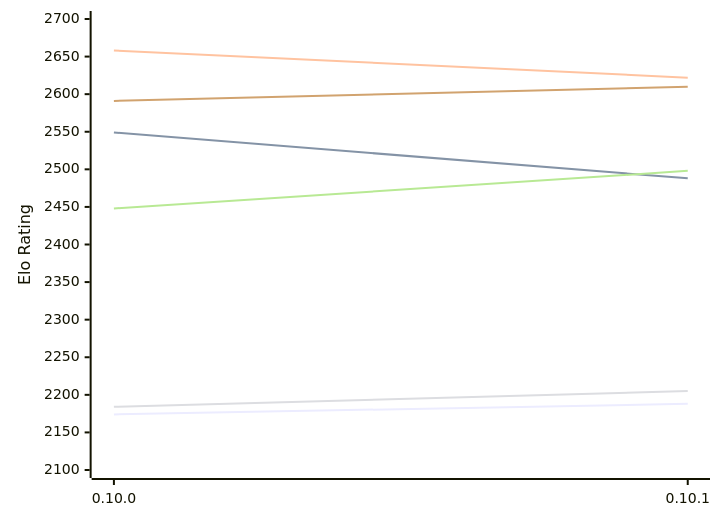
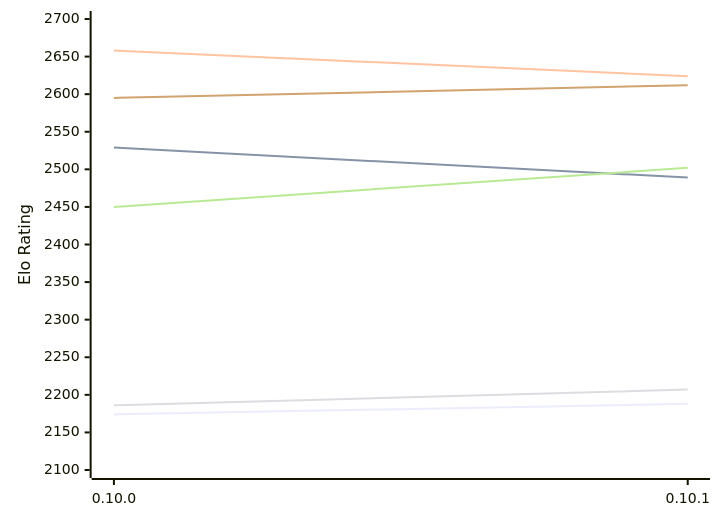
One commit to computer-chess-index/cci changed the first of 2 diagrams in engines/Fatalii.md. Above: the diagram before and after it, drawn with Mermaid. The commit also changed other lines of this file, not shown here.

Commit message:
Update CCI Ratings (ELO VLTC) - 2026-11-24

````diff
--- a/engines/Fatalii.md
+++ b/engines/Fatalii.md
@@ -50,12 +50,12 @@
 ```mermaid
 %%{init: {"theme":"base","themeVariables":{"seriesColors:['#a3a3a3','#222221','#faa371']}}}%%
 xychart-beta
   x-axis ["0.10.0", "0.10.1"]
   y-axis "Elo Rating" 2100 --> 2700
   line "E1: STC (8.0+0.08s)" [2174, 2188]
-  line "E1: LTC (60.0+0.60s)" [2549, 2488]
-  line "E1: VLTC (2m24s+1.12s)" [2658, 2622]
-  line "P1: STC (8.0+0.08s)" [2184, 2205]
-  line "P1: LTC (60.0+0.60s)" [2448, 2498]
-  line "P1: VLTC (2m24s+1.12s)" [2591, 2610]
+  line "E1: LTC (60.0+0.60s)" [2529, 2489]
+  line "E1: VLTC (2m24s+1.12s)" [2658, 2624]
+  line "P1: STC (8.0+0.08s)" [2186, 2207]
+  line "P1: LTC (60.0+0.60s)" [2450, 2502]
+  line "P1: VLTC (2m24s+1.12s)" [2595, 2612]
 ```
````
